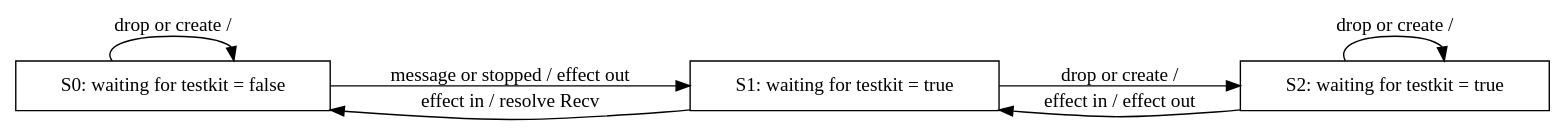
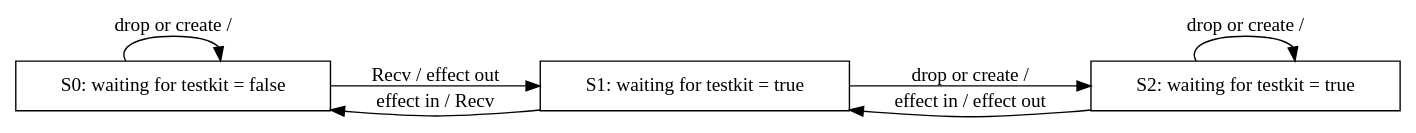
The diagram in src/actor_cell/recv_future.dot (andreastedile/actum), drawn with Graphviz before and after one commit. The commit also changed 1 other file, not shown here.

Commit message:
Document RecvFutureStateMachine

```diff
--- a/src/actor_cell/recv_future.dot
+++ b/src/actor_cell/recv_future.dot
@@ -1,15 +1,15 @@
 digraph StateMachine {
     rankdir=LR;
     node [shape=box];
 
     S0 [label="S0: waiting for testkit = false"];
     S1 [label="S1: waiting for testkit = true"];
     S2 [label="S2: waiting for testkit = true"];
 
     S0 -> S0 [label="drop or create /"];
-    S0 -> S1 [label="message or stopped / effect out"];
+    S0 -> S1 [label="Recv / effect out"];
     S1 -> S2 [label="drop or create /"];
-    S1 -> S0 [label="effect in / resolve Recv "];
+    S1 -> S0 [label="effect in / Recv "];
     S2 -> S2 [label="drop or create /"];
     S2 -> S1 [label="effect in / effect out"];
 }
```
